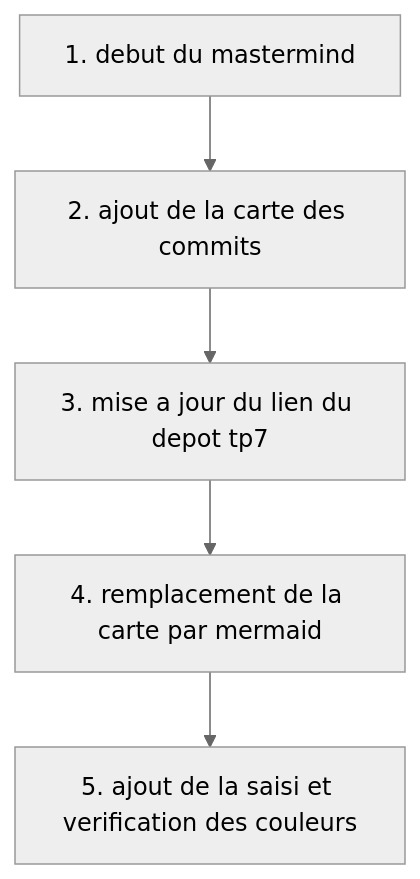
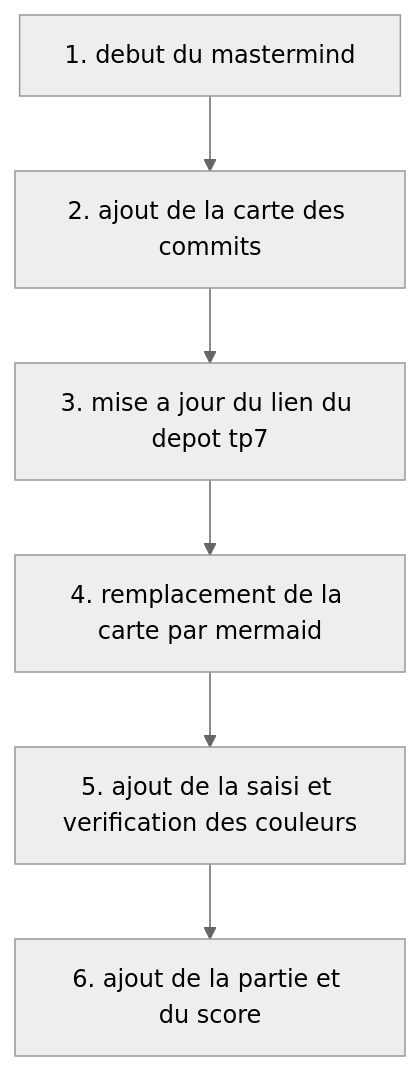
The diagram in README.md (caroneloham/polytech-dijon-soutien), drawn with Mermaid (neutral theme) before and after one commit. The commit also changed 1 other file, not shown here.

Commit message:
ajout de la partie et du score

````diff
--- a/README.md
+++ b/README.md
@@ -1,12 +1,14 @@
 ```mermaid
 flowchart TD
     C1["1. debut du mastermind"]
     C2["2. ajout de la carte des commits"]
     C1 --> C2
     C3["3. mise a jour du lien du depot tp7"]
     C2 --> C3
     C4["4. remplacement de la carte par mermaid"]
     C3 --> C4
     C5["5. ajout de la saisi et verification des couleurs"]
     C4 --> C5
+    C6["6. ajout de la partie et du score"]
+    C5 --> C6
 ```
````
